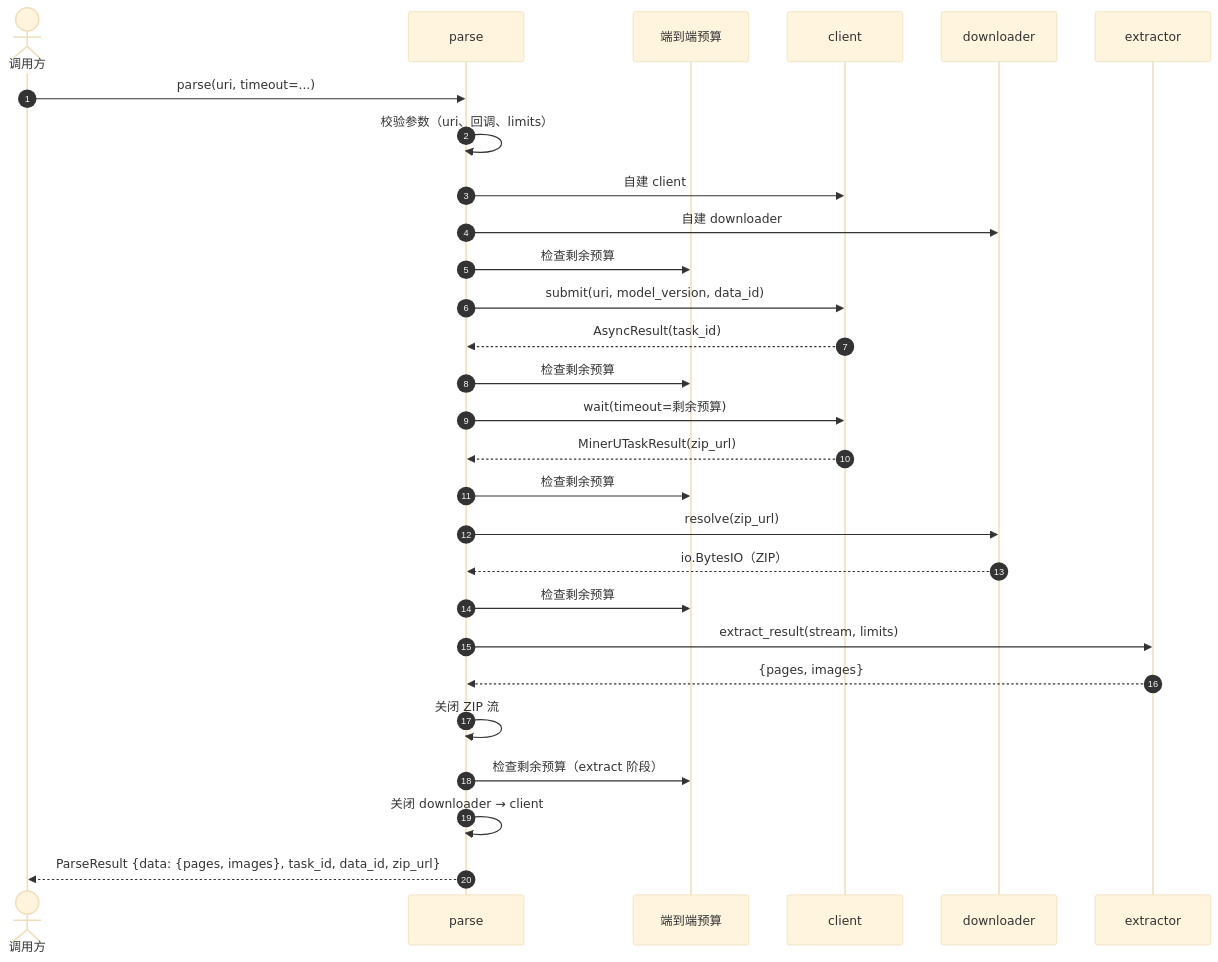
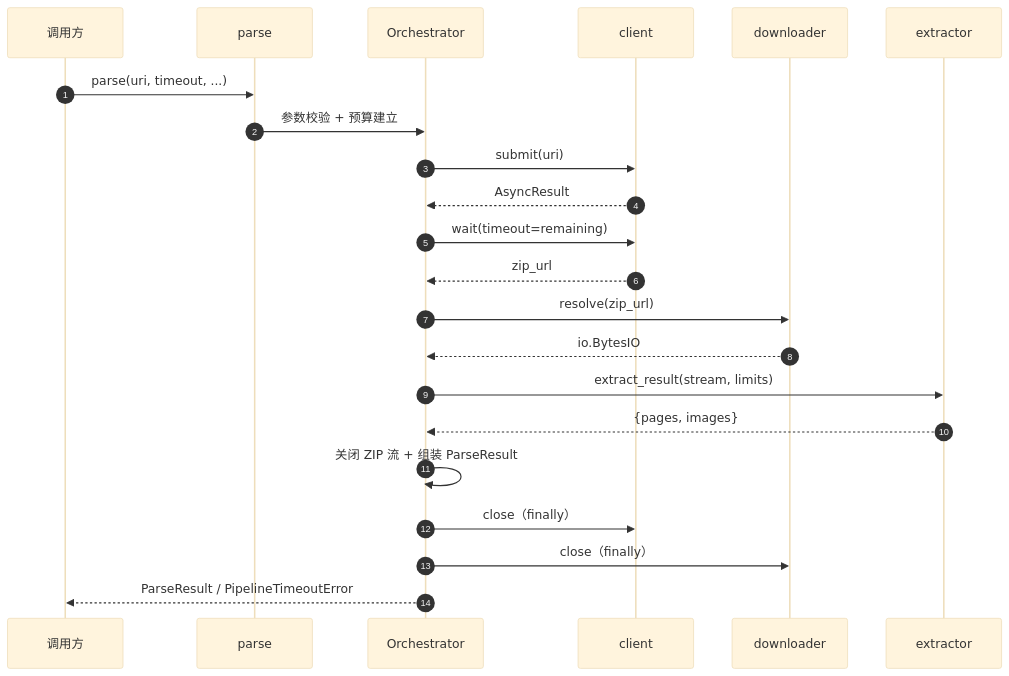
One commit to dream-365/mineru-parser changed the third of 3 diagrams in docs/specs/SPEC-004-pipeline/spec.md. Above: the diagram before and after it, drawn with Mermaid (base theme). The commit also changed other lines of this file and 3 other files, not shown here.

````diff
--- a/docs/specs/SPEC-004-pipeline/spec.md
+++ b/docs/specs/SPEC-004-pipeline/spec.md
@@ -390,36 +397,25 @@
 ```mermaid
 sequenceDiagram
     autonumber
-    actor Caller as 调用方
+    participant C as 调用方
     participant P as parse
-    participant B as 端到端预算
-    participant C as client
-    participant D as downloader
-    participant E as extractor
+    participant O as Orchestrator
+    participant CL as client
+    participant DL as downloader
+    participant EX as extractor
 
-    Caller->>P: parse(uri, timeout=...)
-    P->>P: 校验参数（uri、回调、limits）
-    P->>C: 自建 client
-    P->>D: 自建 downloader
-
-    P->>B: 检查剩余预算
-    P->>C: submit(uri, model_version, data_id)
-    C-->>P: AsyncResult(task_id)
-    P->>B: 检查剩余预算
-
-    P->>C: wait(timeout=剩余预算)
-    C-->>P: MinerUTaskResult(zip_url)
-
-    P->>B: 检查剩余预算
-    P->>D: resolve(zip_url)
-    D-->>P: io.BytesIO（ZIP）
-    P->>B: 检查剩余预算
-
-    P->>E: extract_result(stream, limits)
-    E-->>P: {pages, images}
-    P->>P: 关闭 ZIP 流
-    P->>B: 检查剩余预算（extract 阶段）
-
-    P->>P: 关闭 downloader → client
-    P-->>Caller: ParseResult {data: {pages, images}, task_id, data_id, zip_url}
+    C->>P: parse(uri, timeout, ...)
+    P->>O: 参数校验 + 预算建立
+    O->>CL: submit(uri)
+    CL-->>O: AsyncResult
+    O->>CL: wait(timeout=remaining)
+    CL-->>O: zip_url
+    O->>DL: resolve(zip_url)
+    DL-->>O: io.BytesIO
+    O->>EX: extract_result(stream, limits)
+    EX-->>O: {pages, images}
+    O->>O: 关闭 ZIP 流 + 组装 ParseResult
+    O->>CL: close（finally）
+    O->>DL: close（finally）
+    O-->>C: ParseResult / PipelineTimeoutError
 ```
````
